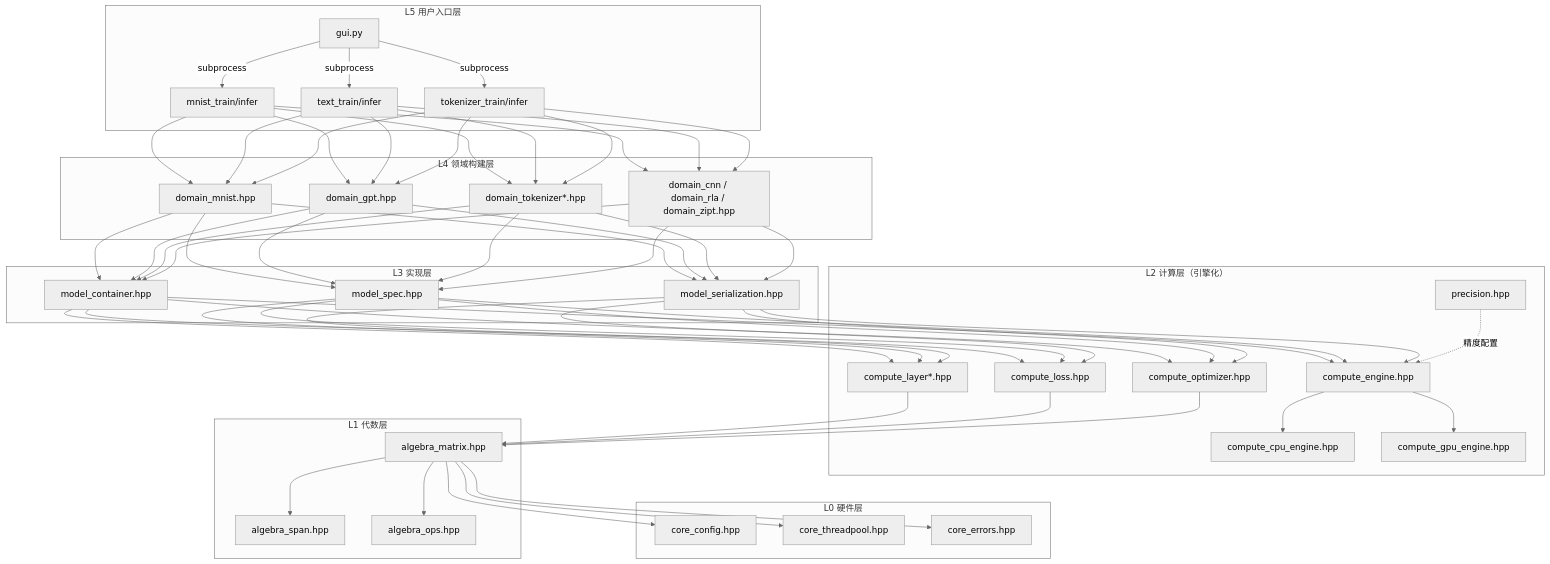
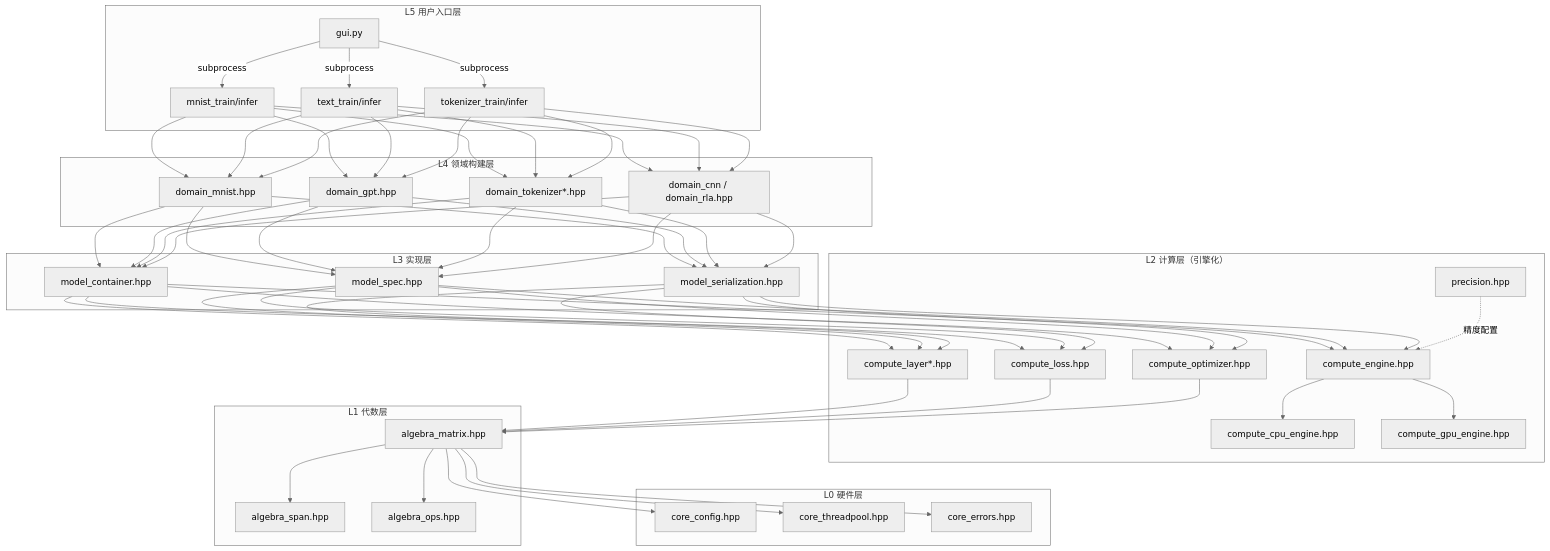
One commit to EthanPeng-2048/neuralnet.cpp changed the diagram in AGENTS.md. Above: the diagram before and after it, drawn with Mermaid (neutral theme). The commit also changed other lines of this file and 32 other files, not shown here.

````diff
--- a/AGENTS.md
+++ b/AGENTS.md
@@ -55,54 +55,54 @@
 ```mermaid
 graph TB
     subgraph "L5 用户入口层"
         A["mnist_train/infer"]
         B["text_train/infer"]
         C["tokenizer_train/infer"]
         D["gui.py"]
     end
     
     subgraph "L4 领域构建层"
         E["domain_mnist.hpp"]
         F["domain_gpt.hpp"]
         G["domain_tokenizer*.hpp"]
-        F2["domain_cnn / domain_rla / domain_zipt.hpp"]
+        F2["domain_cnn / domain_rla.hpp"]
     end
     
     subgraph "L3 实现层"
         H["model_container.hpp"]
         I["model_spec.hpp"]
         J["model_serialization.hpp"]
     end
     
     subgraph "L2 计算层（引擎化）"
         K["compute_engine.hpp"]
         L["compute_cpu_engine.hpp"]
         M["compute_gpu_engine.hpp"]
         N["compute_layer*.hpp"]
         O["compute_loss.hpp"]
         P["compute_optimizer.hpp"]
         P2["precision.hpp"]
     end
     
     subgraph "L1 代数层"
         Q["algebra_matrix.hpp"]
         R["algebra_span.hpp"]
         S["algebra_ops.hpp"]
     end
     
     subgraph "L0 硬件层"
         V["core_config.hpp"]
         W["core_threadpool.hpp"]
         X["core_errors.hpp"]
     end
     
     D -->|subprocess| A & B & C
     A & B & C --> E & F & G & F2
     E & F & G & F2 --> H & I & J
     H & I & J --> K & N & O & P
     K --> L & M
     N & O & P --> Q
     P2 -.精度配置.-> K
     Q --> R & S
     Q --> V & W & X
 ```
````
